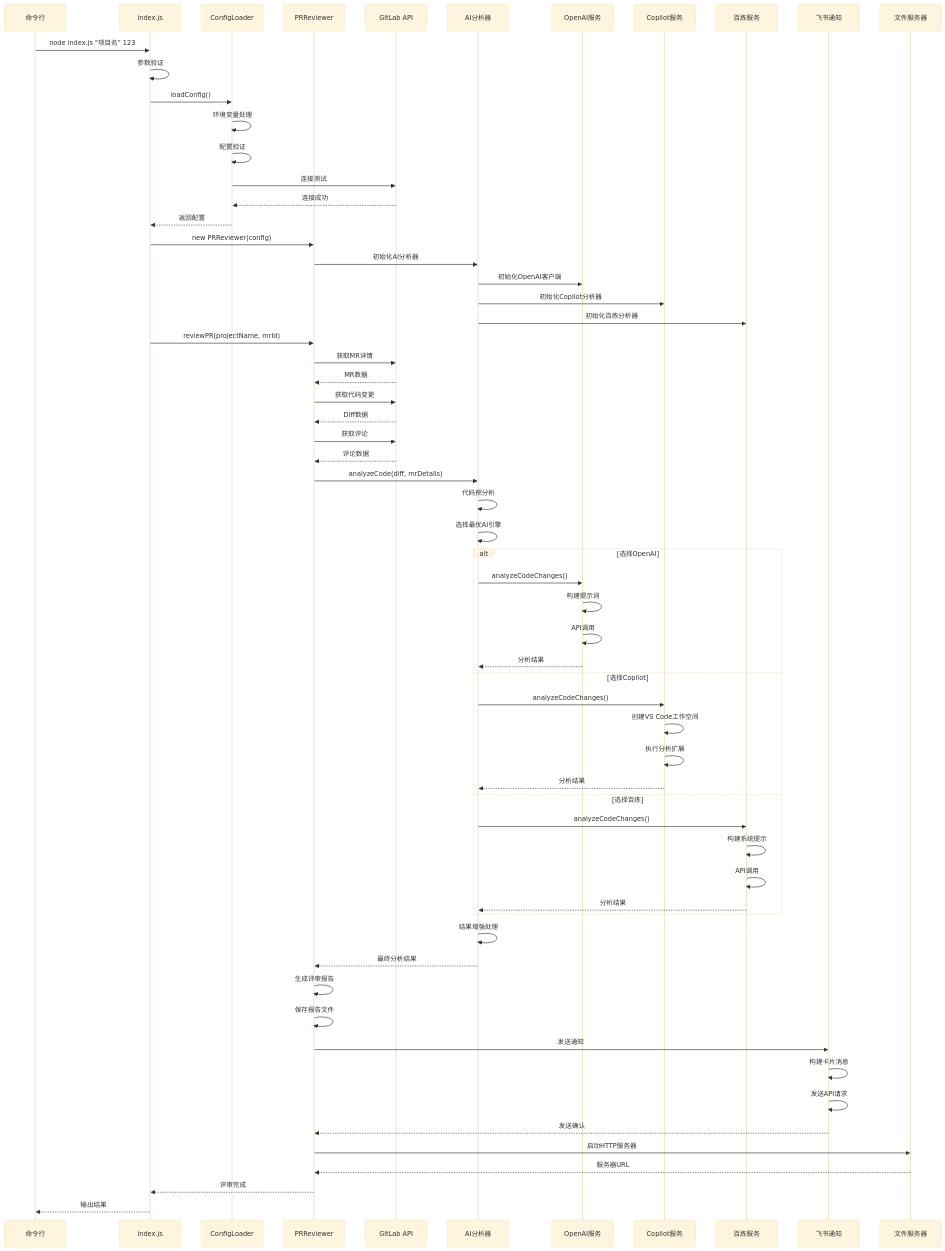
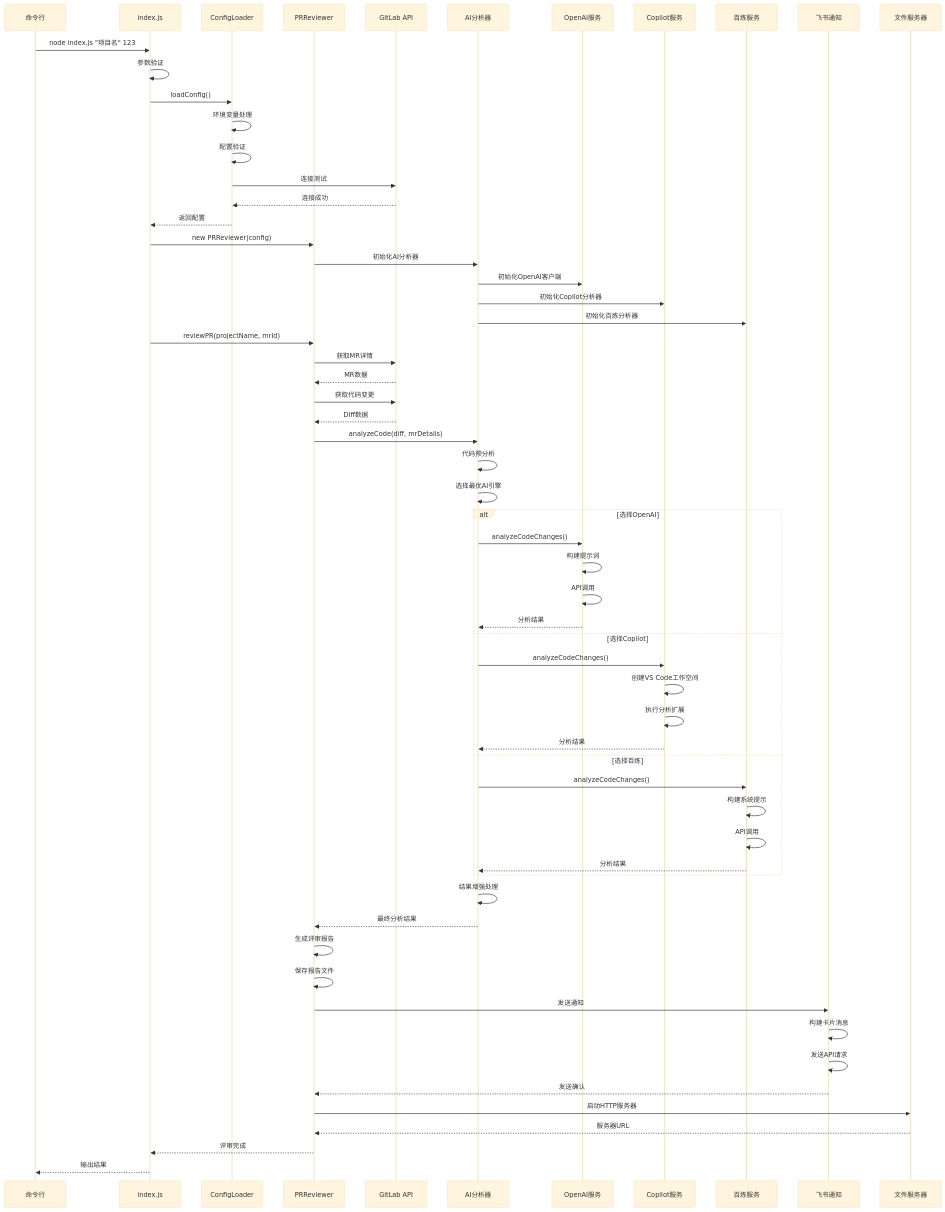
The fourth of 5 diagrams in docs/COMPREHENSIVE_TECH_SHARING.md (zFDT/pr_auto_review), drawn with Mermaid (base theme) before and after one commit. The commit also changed other lines of this file and 12 other files, not shown here.

````diff
--- a/docs/COMPREHENSIVE_TECH_SHARING.md
+++ b/docs/COMPREHENSIVE_TECH_SHARING.md
@@ -2026,75 +2018,73 @@
 ```mermaid
 sequenceDiagram
     participant CLI as 命令行
     participant Entry as index.js
     participant Config as ConfigLoader
     participant Reviewer as PRReviewer
     participant GitLab as GitLab API
     participant AIAnalyzer as AI分析器
     participant OpenAI as OpenAI服务
     participant Copilot as Copilot服务
     participant Bailian as 百炼服务
     participant Feishu as 飞书通知
     participant FileServer as 文件服务器
     
     CLI->>Entry: node index.js "项目名" 123
     Entry->>Entry: 参数验证
     Entry->>Config: loadConfig()
     Config->>Config: 环境变量处理
     Config->>Config: 配置验证
     Config->>GitLab: 连接测试
     GitLab-->>Config: 连接成功
     Config-->>Entry: 返回配置
     
     Entry->>Reviewer: new PRReviewer(config)
     Reviewer->>AIAnalyzer: 初始化AI分析器
     AIAnalyzer->>OpenAI: 初始化OpenAI客户端
     AIAnalyzer->>Copilot: 初始化Copilot分析器
     AIAnalyzer->>Bailian: 初始化百炼分析器
     
     Entry->>Reviewer: reviewPR(projectName, mrId)
     Reviewer->>GitLab: 获取MR详情
     GitLab-->>Reviewer: MR数据
     Reviewer->>GitLab: 获取代码变更
     GitLab-->>Reviewer: Diff数据
-    Reviewer->>GitLab: 获取评论
-    GitLab-->>Reviewer: 评论数据
     
     Reviewer->>AIAnalyzer: analyzeCode(diff, mrDetails)
     AIAnalyzer->>AIAnalyzer: 代码预分析
     AIAnalyzer->>AIAnalyzer: 选择最优AI引擎
     
     alt 选择OpenAI
         AIAnalyzer->>OpenAI: analyzeCodeChanges()
         OpenAI->>OpenAI: 构建提示词
         OpenAI->>OpenAI: API调用
         OpenAI-->>AIAnalyzer: 分析结果
     else 选择Copilot
         AIAnalyzer->>Copilot: analyzeCodeChanges()
         Copilot->>Copilot: 创建VS Code工作空间
         Copilot->>Copilot: 执行分析扩展
         Copilot-->>AIAnalyzer: 分析结果
     else 选择百炼
         AIAnalyzer->>Bailian: analyzeCodeChanges()
         Bailian->>Bailian: 构建系统提示
         Bailian->>Bailian: API调用
         Bailian-->>AIAnalyzer: 分析结果
     end
     
     AIAnalyzer->>AIAnalyzer: 结果增强处理
     AIAnalyzer-->>Reviewer: 最终分析结果
     
     Reviewer->>Reviewer: 生成评审报告
     Reviewer->>Reviewer: 保存报告文件
     
     Reviewer->>Feishu: 发送通知
     Feishu->>Feishu: 构建卡片消息
     Feishu->>Feishu: 发送API请求
     Feishu-->>Reviewer: 发送确认
     
     Reviewer->>FileServer: 启动HTTP服务器
     FileServer-->>Reviewer: 服务器URL
     
     Reviewer-->>Entry: 评审完成
     Entry-->>CLI: 输出结果
 ```
````
